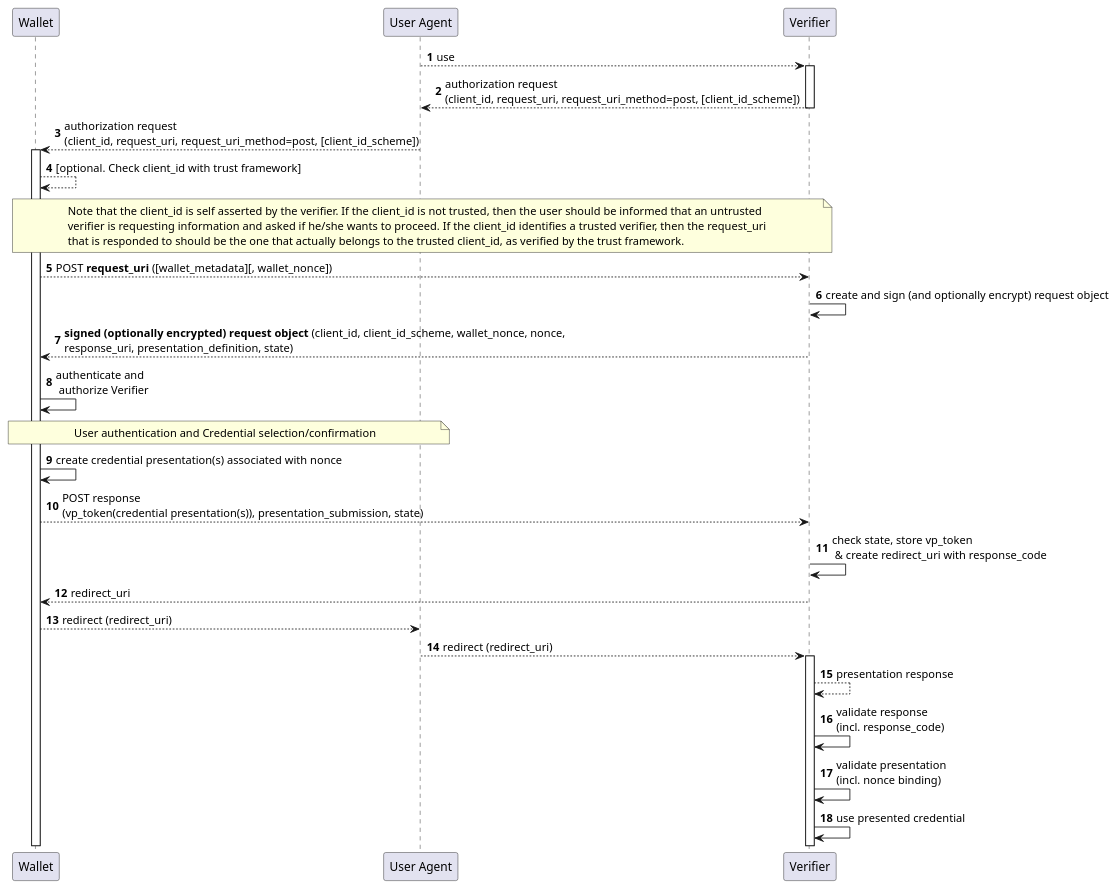
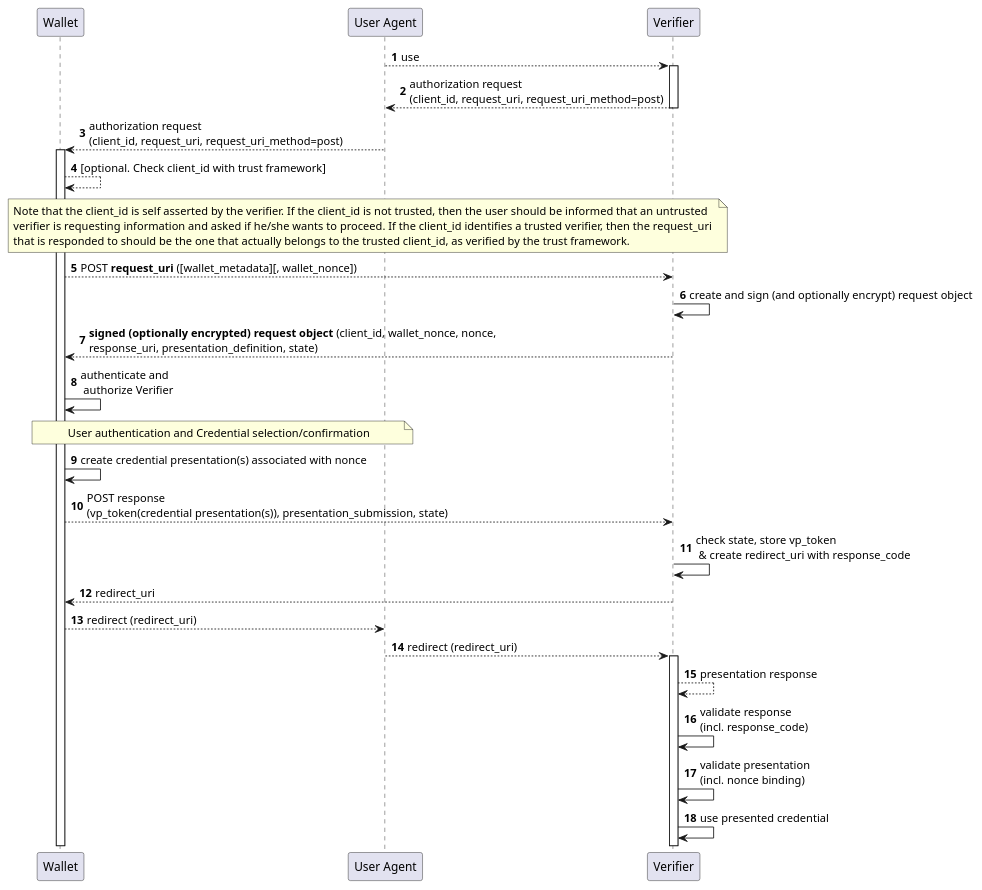
Before and after one commit to openid/OpenID4VP: the diagram in diagrams/request_uri_mode_post.md, drawn with PlantUML. The commit also changed 4 other files, not shown here.

Commit message:
Remove client_id_scheme from examples, more precise wording in https and did

````diff
--- a/diagrams/request_uri_mode_post.md
+++ b/diagrams/request_uri_mode_post.md
@@ -1,44 +1,44 @@
 ```plantuml
 @startuml
 
 autonumber
 
 participant "Wallet" as w
 
 participant "User Agent" as u
 
 participant "Verifier" as r
 
 u --> r : use
 activate r
 
-r --> u: authorization request\n(client_id, request_uri, request_uri_method=post, [client_id_scheme])
+r --> u: authorization request\n(client_id, request_uri, request_uri_method=post)
 deactivate r
-u --> w: authorization request\n(client_id, request_uri, request_uri_method=post, [client_id_scheme])
+u --> w: authorization request\n(client_id, request_uri, request_uri_method=post)
 activate w
 w --> w: [optional. Check client_id with trust framework]
 note over r,w
     Note that the client_id is self asserted by the verifier. If the client_id is not trusted, then the user should be informed that an untrusted 
     verifier is requesting information and asked if he/she wants to proceed. If the client_id identifies a trusted verifier, then the request_uri 
     that is responded to should be the one that actually belongs to the trusted client_id, as verified by the trust framework.
 end note
 w --> r: POST **request_uri** ([wallet_metadata][, wallet_nonce])
 r -> r: create and sign (and optionally encrypt) request object 
-r --> w: **signed (optionally encrypted) request object** (client_id, client_id_scheme, wallet_nonce, nonce, \nresponse_uri, presentation_definition, state)
+r --> w: **signed (optionally encrypted) request object** (client_id, wallet_nonce, nonce, \nresponse_uri, presentation_definition, state)
 w -> w: authenticate and\n authorize Verifier
 
 note over u, w: User authentication and Credential selection/confirmation
 
 w -> w: create credential presentation(s) associated with nonce
 w --> r: POST response \n(vp_token(credential presentation(s)), presentation_submission, state)
 r -> r: check state, store vp_token\n & create redirect_uri with response_code
 r --> w: redirect_uri
 w --> u: redirect (redirect_uri)
 u --> r: redirect (redirect_uri)
 activate r
 r --> r: presentation response
 r -> r: validate response \n(incl. response_code)
 r -> r: validate presentation \n(incl. nonce binding)
 r -> r: use presented credential 
 @enduml
 ```
````
